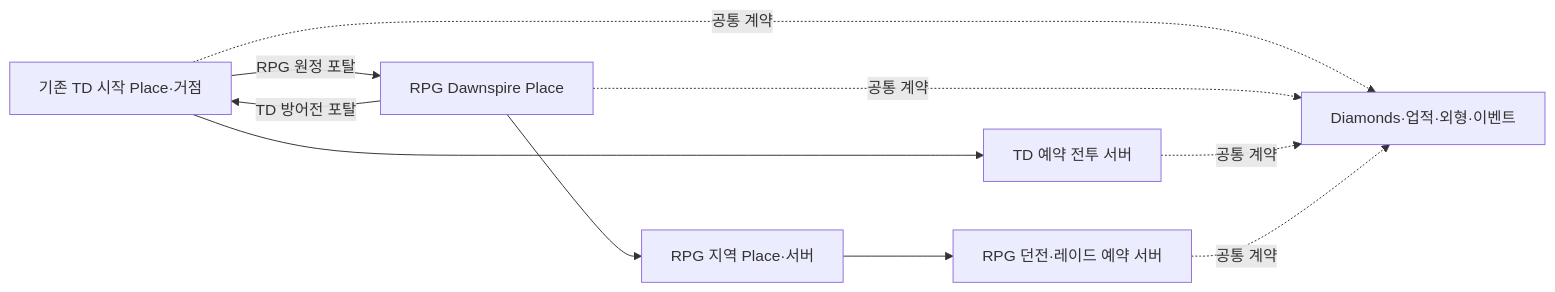
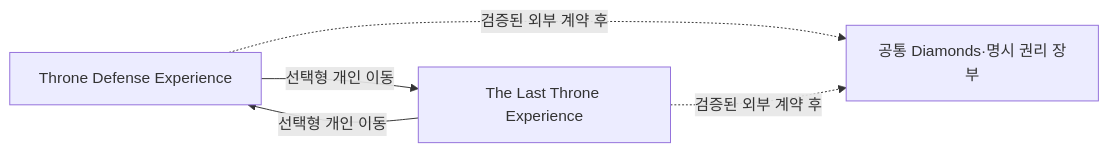
One commit to daniel410/the-last-throne changed the diagram in docs/experience-integration.md. Above: the diagram before and after it, drawn with Mermaid. The commit also changed other lines of this file and 22 other files, not shown here.

Commit message:
docs: separate The Last Throne experience

````diff
--- a/docs/experience-integration.md
+++ b/docs/experience-integration.md
@@ -23,12 +20,7 @@
 ```mermaid
 flowchart LR
-  S[기존 TD 시작 Place·거점] -->|RPG 원정 포탈| H[RPG Dawnspire Place]
-  H -->|TD 방어전 포탈| S
-  S --> T[TD 예약 전투 서버]
-  H --> W[RPG 지역 Place·서버]
-  W --> D[RPG 던전·레이드 예약 서버]
-  S -. 공통 계약 .-> A[Diamonds·업적·외형·이벤트]
-  H -. 공통 계약 .-> A
-  T -. 공통 계약 .-> A
-  D -. 공통 계약 .-> A
+  TD[Throne Defense Experience] -->|선택형 개인 이동| RPG[The Last Throne Experience]
+  RPG -->|선택형 개인 이동| TD
+  TD -. 검증된 외부 계약 후 .-> W[공통 Diamonds·명시 권리 장부]
+  RPG -. 검증된 외부 계약 후 .-> W
 ```
````
